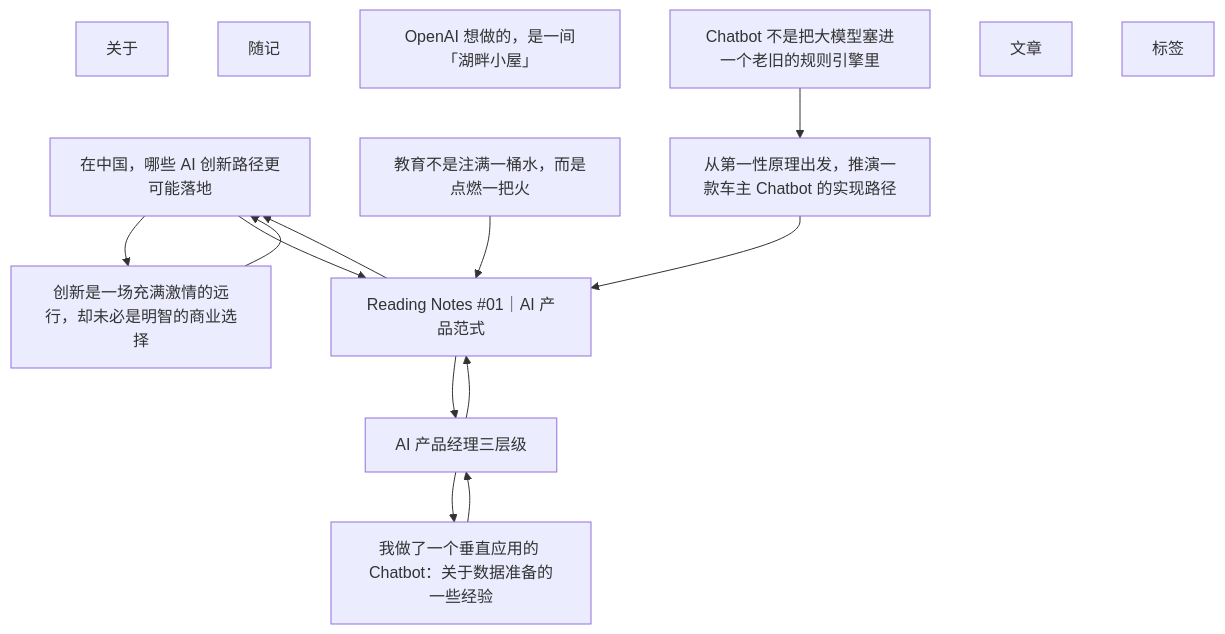
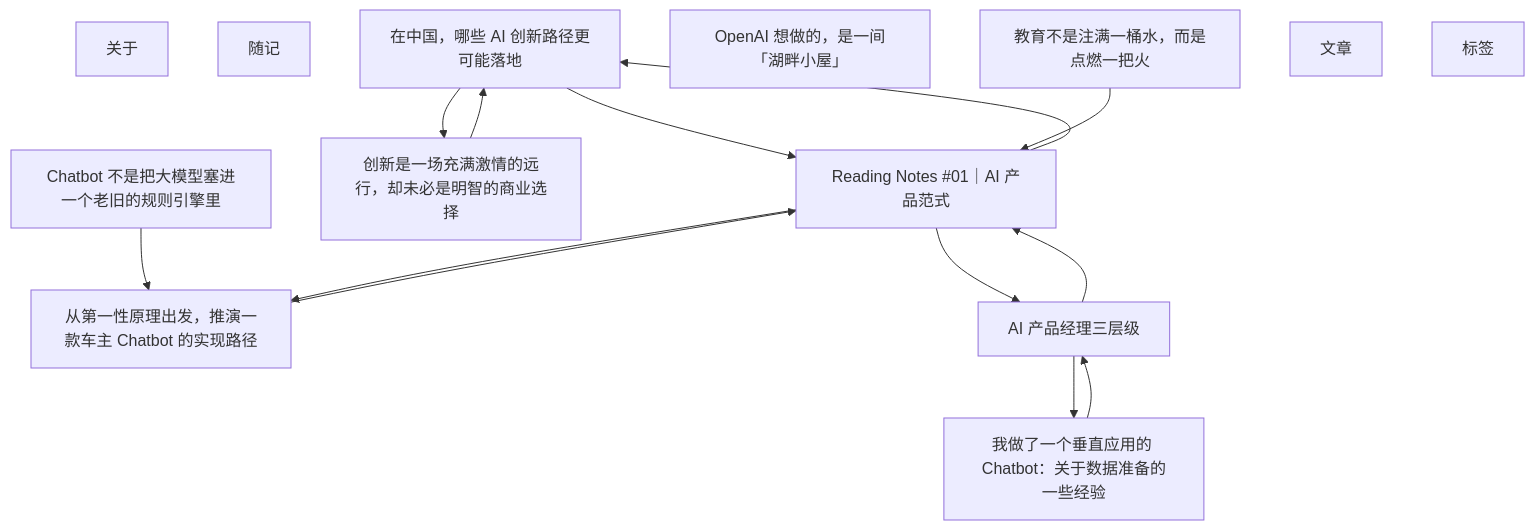
The diagram in tools/site-graph/out/graph.mmd (Zhao-Huazhou/Zhao-Huazhou.github.io), drawn with Mermaid before and after one commit.

```diff
--- a/tools/site-graph/out/graph.mmd
+++ b/tools/site-graph/out/graph.mmd
@@ -1,26 +1,27 @@
 graph TD
   N78e943079d["关于"]
   Na0a31ebd9a["随记"]
   Ne000fcda21["在中国，哪些 AI 创新路径更可能落地"]
   Nf315e5e460[" OpenAI 想做的，是一间「湖畔小屋」"]
   N509e8a98c6["Chatbot 不是把大模型塞进一个老旧的规则引擎里"]
   N4e55722e29["教育不是注满一桶水，而是点燃一把火"]
   Ne0077ae6c8["从第一性原理出发，推演一款车主 Chatbot 的实现路径"]
   N81228a8674["文章"]
   Nd9b0762f80["AI 产品经理三层级"]
   Nce81f5d37d["我做了一个垂直应用的 Chatbot：关于数据准备的一些经验"]
   N6f056b8004["创新是一场充满激情的远行，却未必是明智的商业选择"]
   N10154a9e49["Reading Notes #01｜AI 产品范式"]
   N0ecf656713["标签"]
 
   Ne000fcda21 --> N6f056b8004
   Ne000fcda21 --> N10154a9e49
   N509e8a98c6 --> Ne0077ae6c8
   N4e55722e29 --> N10154a9e49
   Ne0077ae6c8 --> N10154a9e49
   Nd9b0762f80 --> Nce81f5d37d
   Nd9b0762f80 --> N10154a9e49
   Nce81f5d37d --> Nd9b0762f80
   N6f056b8004 --> Ne000fcda21
   N10154a9e49 --> Ne000fcda21
+  N10154a9e49 --> Ne0077ae6c8
   N10154a9e49 --> Nd9b0762f80
```
